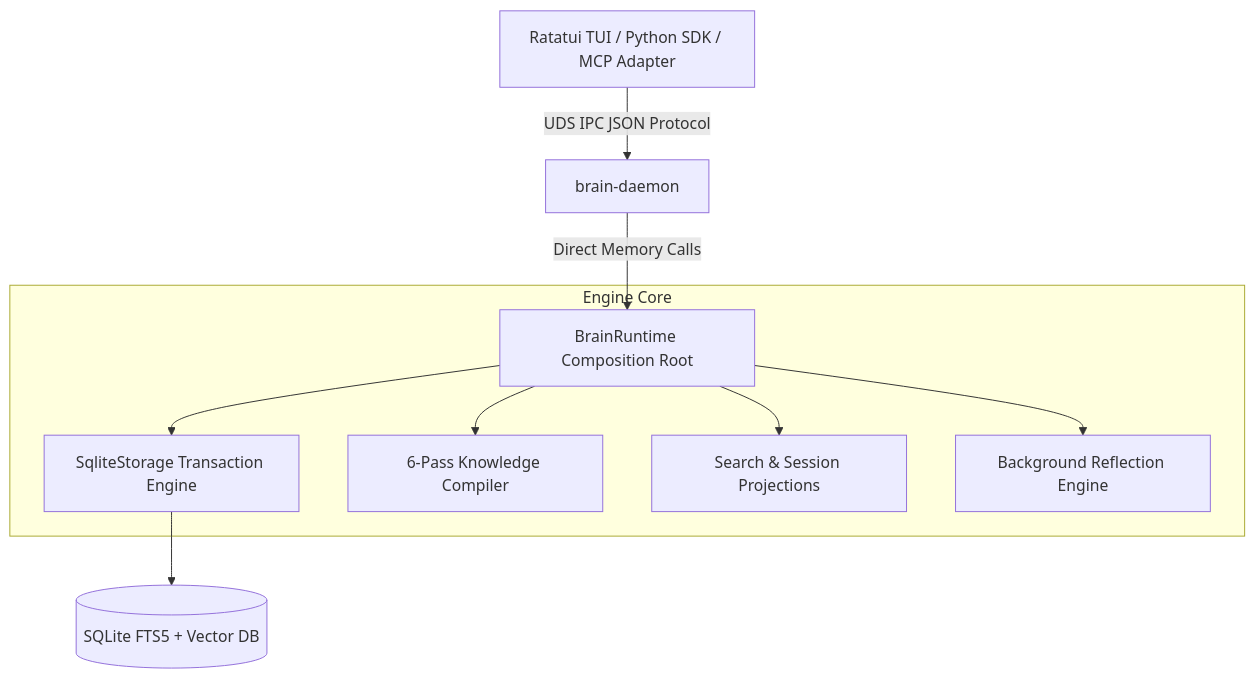
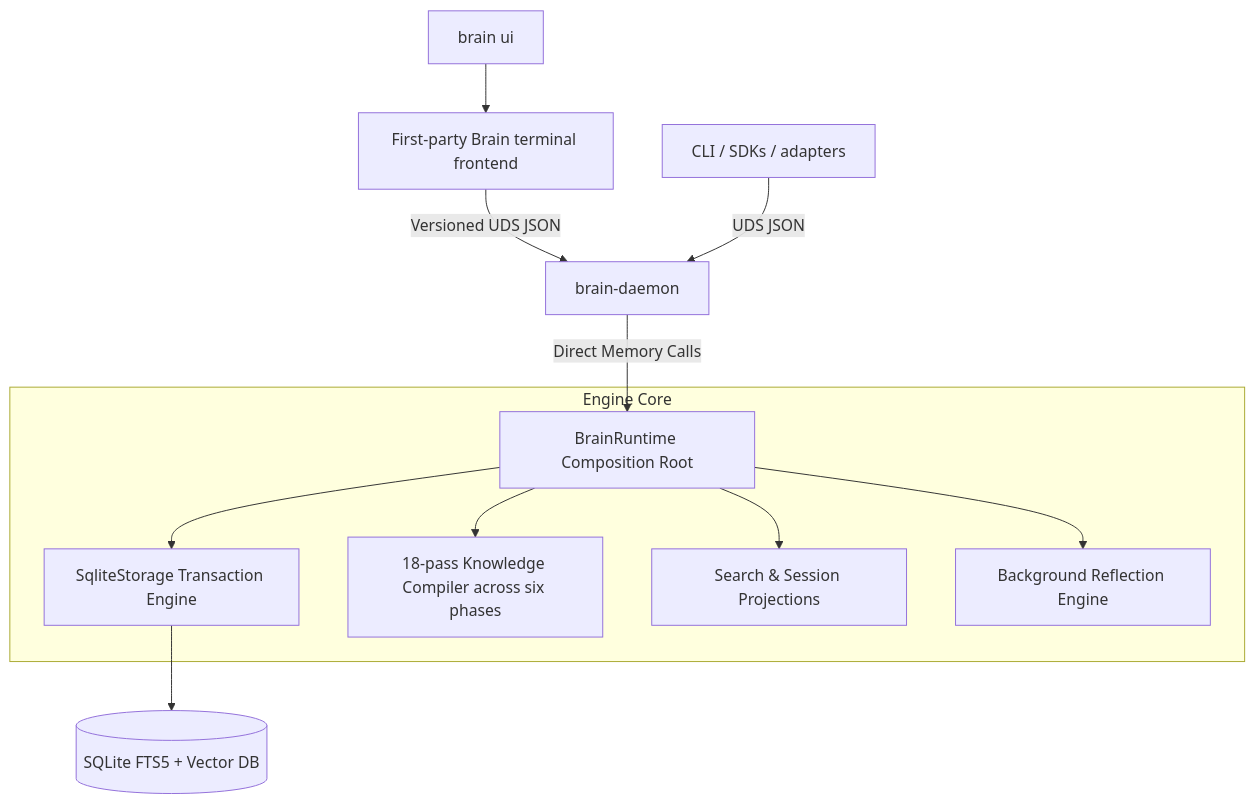
The diagram in README.md (ritikpathania/brain), drawn with Mermaid before and after one commit. The commit also changed other lines of this file and 41 other files, not shown here.

````diff
--- a/README.md
+++ b/README.md
@@ -67,14 +71,16 @@
 ```mermaid
 graph TD
-    Client[Ratatui TUI / Python SDK / MCP Adapter] -->|UDS IPC JSON Protocol| Daemon[brain-daemon]
+    Launcher[brain ui] --> Frontend[First-party Brain terminal frontend]
+    Frontend -->|Versioned UDS JSON| Daemon[brain-daemon]
+    Client[CLI / SDKs / adapters] -->|UDS JSON| Daemon
     Daemon -->|Direct Memory Calls| Runtime[BrainRuntime Composition Root]
     
     subgraph Engine Core
         Runtime --> Storage[SqliteStorage Transaction Engine]
-        Runtime --> Compiler[6-Pass Knowledge Compiler]
+        Runtime --> Compiler[18-pass Knowledge Compiler across six phases]
         Runtime --> Projections[Search & Session Projections]
         Runtime --> Reflection[Background Reflection Engine]
     end
     
     Storage --> SQLite[(SQLite FTS5 + Vector DB)]
 ```
````
